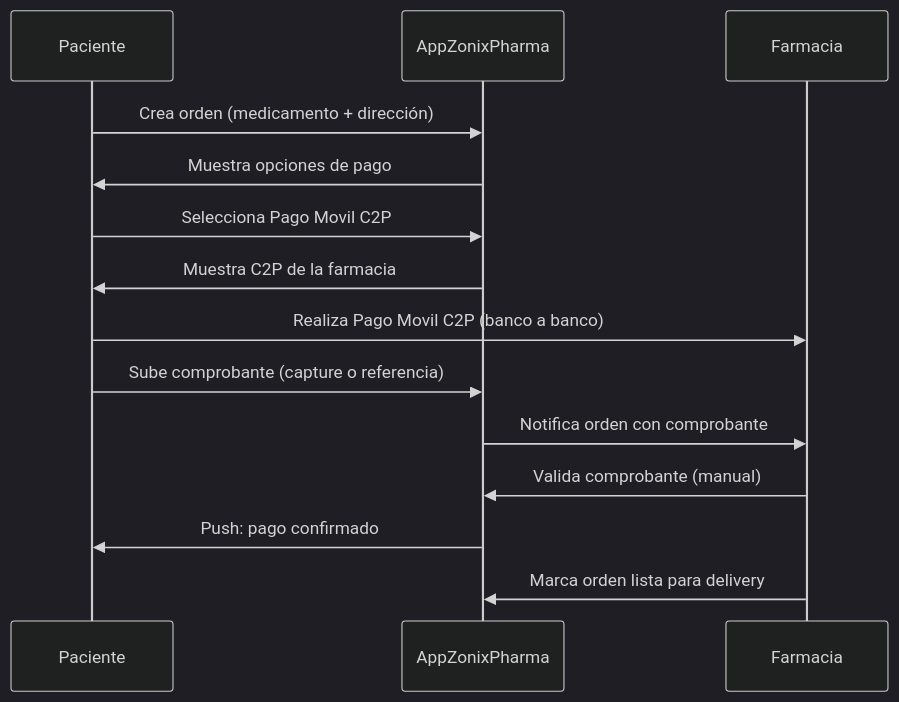
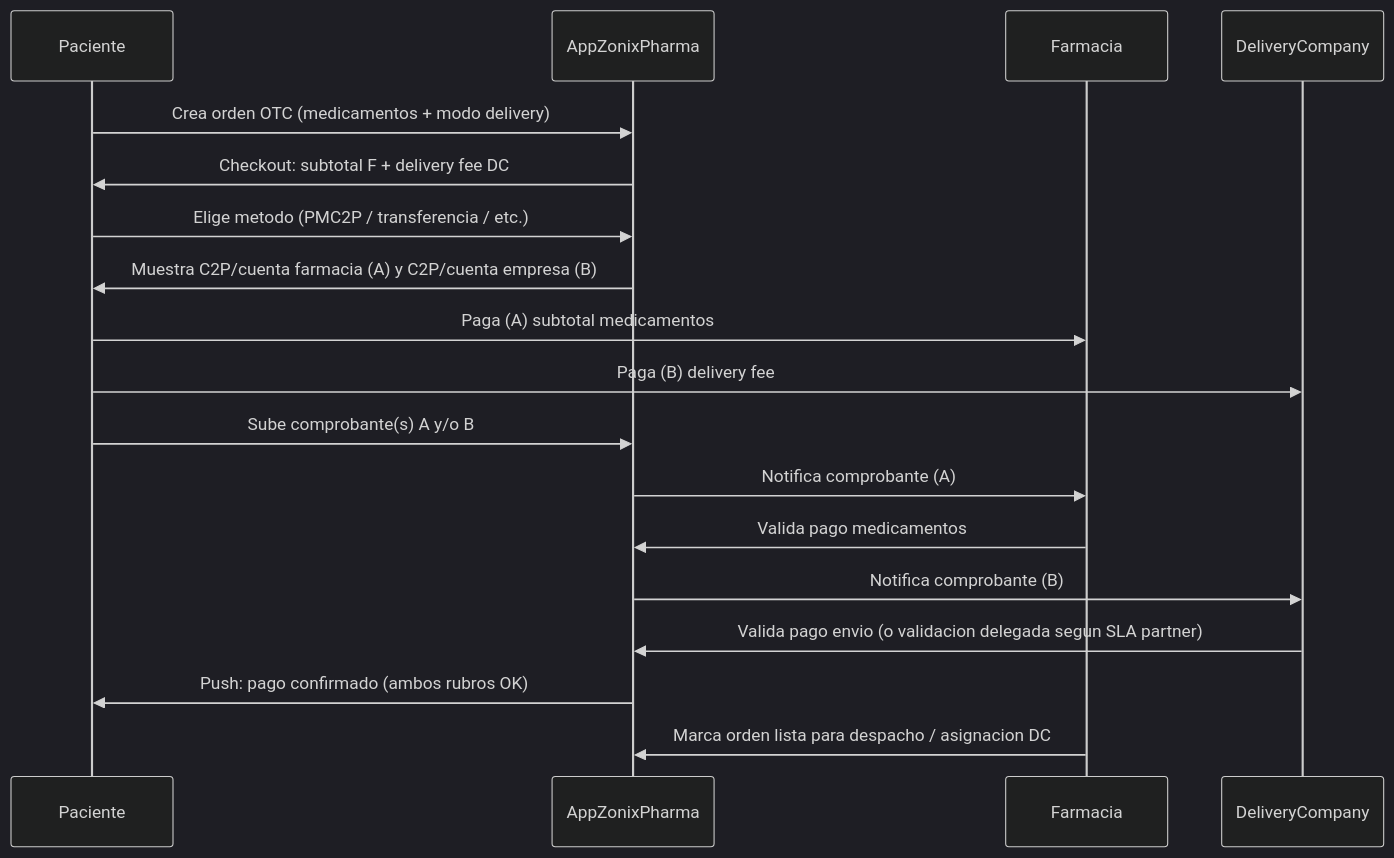
Before and after one commit to Abrahan-Eagle/ZonixPharma-Backend: the first of 3 diagrams in docs/Lanzamiento/PLAN_METODOS_PAGO.md, drawn with Mermaid (dark theme). The commit also changed other lines of this file and 11 other files, not shown here.

First line of the commit message:
docs(pagos): split A/B, GMV, reactivación y cobro delivery_company

````diff
--- a/docs/Lanzamiento/PLAN_METODOS_PAGO.md
+++ b/docs/Lanzamiento/PLAN_METODOS_PAGO.md
@@ -33,16 +37,20 @@
 ```mermaid
 sequenceDiagram
     participant P as Paciente
     participant Z as AppZonixPharma
     participant F as Farmacia
-    P->>Z: Crea orden (medicamento + dirección)
-    Z->>P: Muestra opciones de pago
-    P->>Z: Selecciona Pago Movil C2P
-    Z->>P: Muestra C2P de la farmacia
-    P->>F: Realiza Pago Movil C2P (banco a banco)
-    P->>Z: Sube comprobante (capture o referencia)
-    Z->>F: Notifica orden con comprobante
-    F->>Z: Valida comprobante (manual)
-    Z->>P: Push: pago confirmado
-    F->>Z: Marca orden lista para delivery
+    participant DC as DeliveryCompany
+    P->>Z: Crea orden OTC (medicamentos + modo delivery)
+    Z->>P: Checkout: subtotal F + delivery fee DC
+    P->>Z: Elige metodo (PMC2P / transferencia / etc.)
+    Z->>P: Muestra C2P/cuenta farmacia (A) y C2P/cuenta empresa (B)
+    P->>F: Paga (A) subtotal medicamentos
+    P->>DC: Paga (B) delivery fee
+    P->>Z: Sube comprobante(s) A y/o B
+    Z->>F: Notifica comprobante (A)
+    F->>Z: Valida pago medicamentos
+    Z->>DC: Notifica comprobante (B)
+    DC->>Z: Valida pago envio (o validacion delegada segun SLA partner)
+    Z->>P: Push: pago confirmado (ambos rubros OK)
+    F->>Z: Marca orden lista para despacho / asignacion DC
 ```
````
